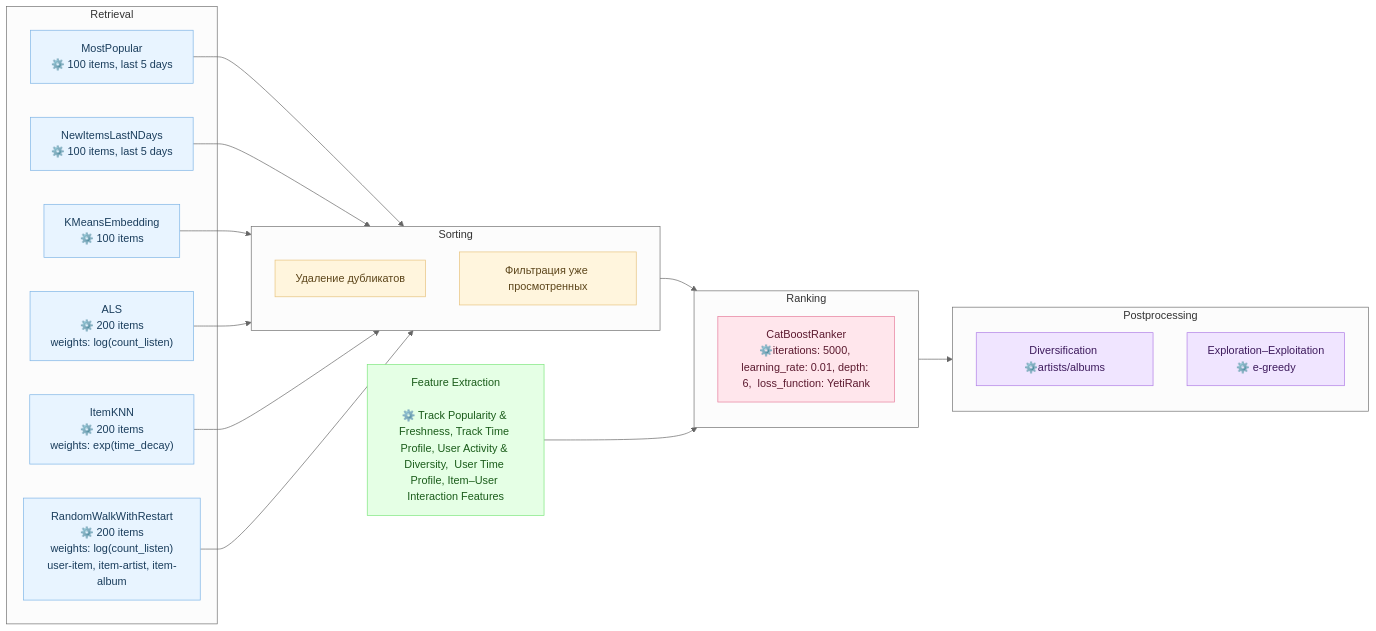
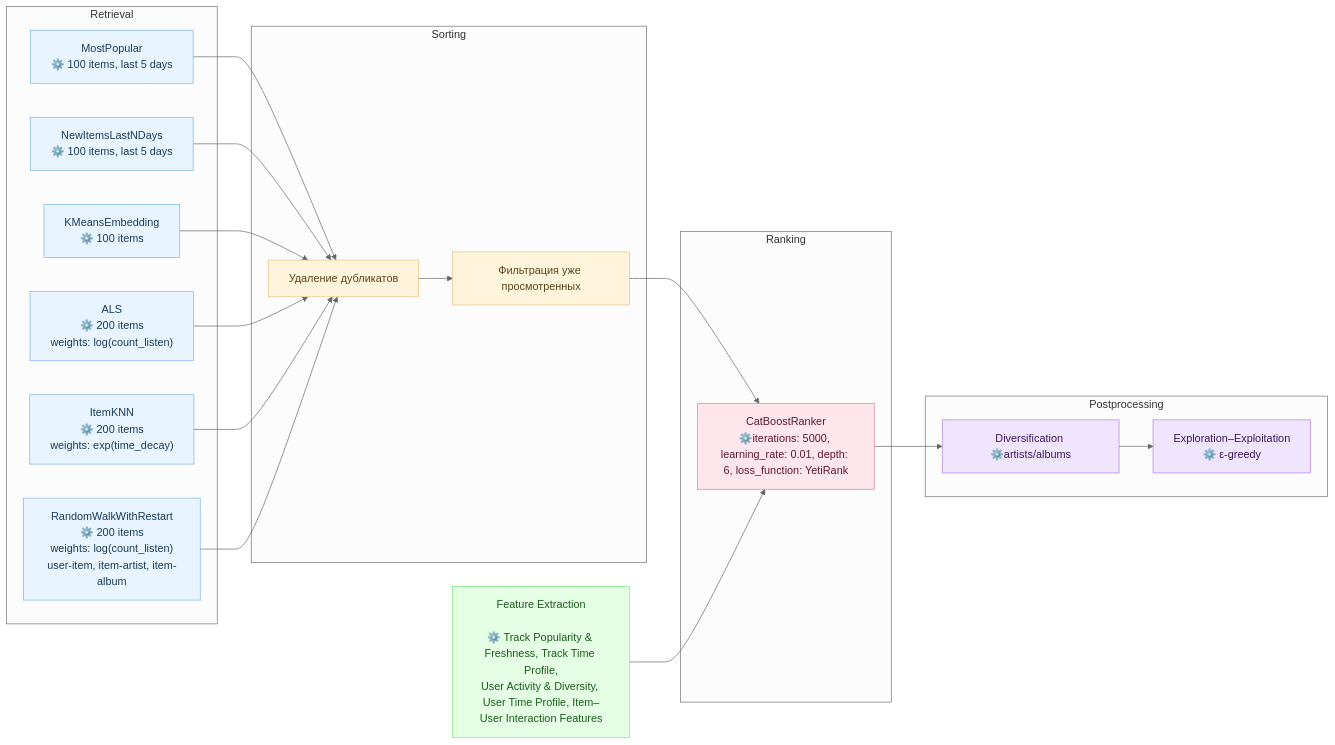
The second of 2 diagrams in README.md (Nastasy822/music-recommendation-experiments), drawn with Mermaid (neutral theme) before and after one commit.

Commit message:
docs(readme): update diagram

````diff
--- a/README.md
+++ b/README.md
@@ -180,59 +180,60 @@
 ```mermaid
 flowchart LR
 
     %% === Retrieval Models ===
     subgraph RETRIEVAL ["Retrieval"]
         PopAll["MostPopular<br/>⚙️ 100 items, last 5 days"]
         PopUser["NewItemsLastNDays<br/>⚙️ 100 items, last 5 days"]
         SIM["KMeansEmbedding<br/>⚙️ 100 items"]
         ITEMKNN["ItemKNN<br/>⚙️ 200 items<br/>weights: exp(time_decay)"]
         GRAPH["RandomWalkWithRestart<br/>⚙️ 200 items<br/>weights: log(count_listen)<br/>user-item, item-artist, item-album"]
         ALS["ALS<br/>⚙️ 200 items<br/>weights: log(count_listen)"]
     end
 
     %% === Sorting Stage ===
     subgraph SORTING ["Sorting"]
         DUBLICATE["Удаление дубликатов"]
-        FILTER["Фильтрация уже просмотренных"]
+        DUBLICATE --> FILTER["Фильтрация уже просмотренных"]
     end
 
     %% === Ranking Stage ===
     subgraph RANKING ["Ranking"]
-        RANK["CatBoostRanker<br/>⚙️iterations: 5000, learning_rate: 0.01, depth: 6,  loss_function: YetiRank "]
+        RANK["CatBoostRanker<br/>⚙️iterations: 5000, learning_rate: 0.01, depth: 6, loss_function: YetiRank"]
     end
 
     %% === Postprocessing Stage ===
     subgraph POSTPROCESS ["Postprocessing"]
         ARTIST_FILTER["Diversification ⚙️artists/albums"]
-        EXPLORATION["Exploration–Exploitation<br/> ⚙️ e-greedy"]
+        ARTIST_FILTER --> EXPLORATION["Exploration–Exploitation<br/>⚙️ ε-greedy"]
     end
 
     %% === Feature Extraction ===
-    FEATS["Feature Extraction<br><br>⚙️ Track Popularity & Freshness, Track Time Profile, User Activity & Diversity,  User Time Profile, Item–User Interaction Features"]
+    FEATS["Feature Extraction<br><br>⚙️ Track Popularity & Freshness, Track Time Profile,<br/>User Activity & Diversity, User Time Profile, Item–User Interaction Features"]
 
     %% === Data Flows ===
-    PopAll --> SORTING
-    PopUser --> SORTING
-    SIM --> SORTING
-    ALS --> SORTING
-    ITEMKNN --> SORTING
-    GRAPH --> SORTING
+    PopAll --> DUBLICATE
+    PopUser --> DUBLICATE
+    SIM --> DUBLICATE
+    ALS --> DUBLICATE
+    ITEMKNN --> DUBLICATE
+    GRAPH --> DUBLICATE
 
-    SORTING --> RANKING
-    FEATS --> RANKING
+    FILTER --> RANK
+    FEATS --> RANK
 
-    RANKING --> POSTPROCESS
+    RANK --> ARTIST_FILTER
 
     %% === Styles ===
     classDef retrieval fill:#e8f4ff,stroke:#7db4e6,color:#1a3d5c;
     classDef sorting fill:#fff5dd,stroke:#e6c27d,color:#5c451a;
     classDef ranking fill:#ffe6ec,stroke:#e67d9c,color:#5c1a2f;
     classDef postprocess fill:#f0e5ff,stroke:#b07de6,color:#3d1a5c;
     classDef features fill:#e5ffe5,stroke:#7de67d,color:#1a5c1a;
 
     class PopAll,PopUser,SIM,ALS,ITEMKNN,GRAPH retrieval;
-    class FILTER,DUBLICATE sorting;
+    class DUBLICATE,FILTER sorting;
     class RANK ranking;
     class ARTIST_FILTER,EXPLORATION postprocess;
     class FEATS features;
+
 ```
````
